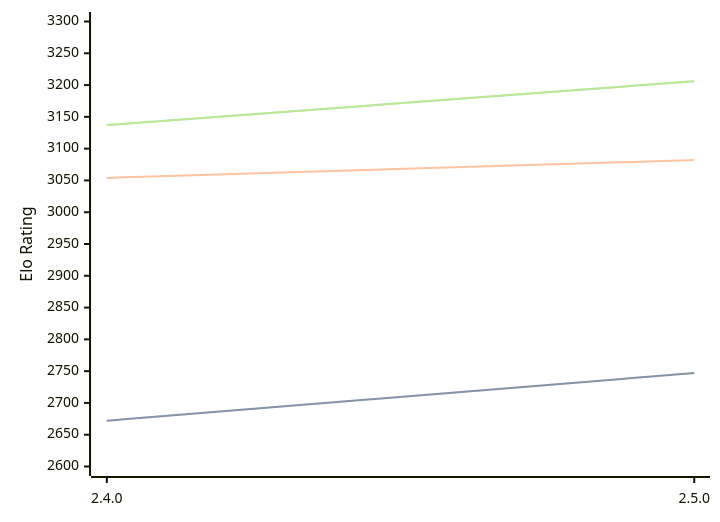
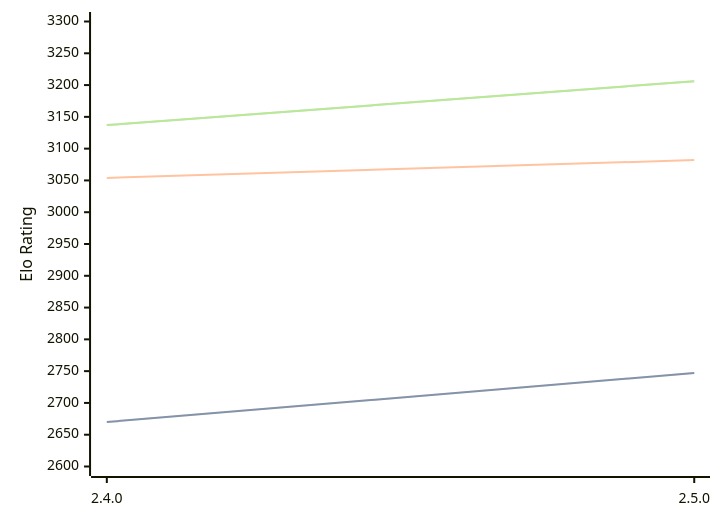
Before and after one commit to computer-chess-index/cci: the diagram in engines/Sturddle2.md, drawn with Mermaid. The commit also changed other lines of this file, not shown here.

````diff
--- a/engines/Sturddle2.md
+++ b/engines/Sturddle2.md
@@ -35,11 +35,11 @@
 ```mermaid
 %%{init: {"theme":"base","themeVariables":{"seriesColors:['#a3a3a3','#222221','#faa371']}}}%%
 xychart-beta
   x-axis ["2.4.0", "2.5.0"]
   y-axis "Elo Rating" 2600 --> 3300
-  line "STC (8.0+0.08s)" [2672, 2747]
-  line "STC (8.0+0.08s)" [2672, 2747]
+  line "STC (8.0+0.08s)" [2670, 2747]
+  line "STC (8.0+0.08s)" [2670, 2747]
   line "LTC (60.0+0.60s)" [3054, 3082]
   line "VLTC (2m24s+1.12s)" [3137, 3206]
   line "VLTC (2m24s+1.12s)" [3137, 3206]
 ```
````
